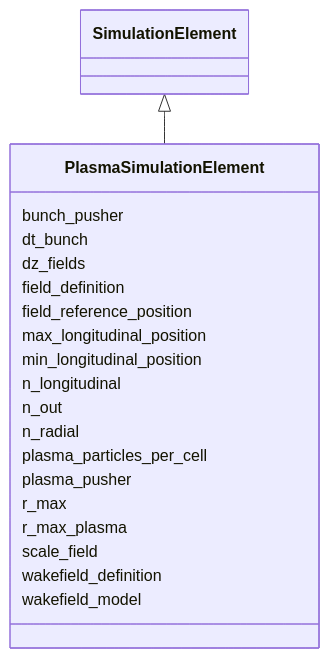
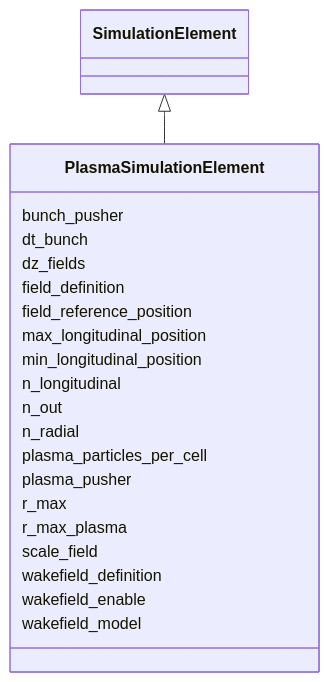
The diagram in docs/source/schema/PlasmaSimulationElement.md (astec-stfc/laura), drawn with Mermaid before and after one commit. The commit also changed other lines of this file and 47 other files, not shown here.

First line of the commit message:
Make functional parameters a schema concept; complete PR #4 merge

````diff
--- a/docs/source/schema/PlasmaSimulationElement.md
+++ b/docs/source/schema/PlasmaSimulationElement.md
@@ -23,43 +23,45 @@
 ```mermaid
  classDiagram
     class PlasmaSimulationElement
     click PlasmaSimulationElement href "../PlasmaSimulationElement/"
       SimulationElement <|-- PlasmaSimulationElement
         click SimulationElement href "../SimulationElement/"
       
       PlasmaSimulationElement : bunch_pusher
         
       PlasmaSimulationElement : dt_bunch
         
       PlasmaSimulationElement : dz_fields
         
       PlasmaSimulationElement : field_definition
         
       PlasmaSimulationElement : field_reference_position
         
       PlasmaSimulationElement : max_longitudinal_position
         
       PlasmaSimulationElement : min_longitudinal_position
         
       PlasmaSimulationElement : n_longitudinal
         
       PlasmaSimulationElement : n_out
         
       PlasmaSimulationElement : n_radial
         
       PlasmaSimulationElement : plasma_particles_per_cell
         
       PlasmaSimulationElement : plasma_pusher
         
       PlasmaSimulationElement : r_max
         
       PlasmaSimulationElement : r_max_plasma
         
       PlasmaSimulationElement : scale_field
         
       PlasmaSimulationElement : wakefield_definition
         
+      PlasmaSimulationElement : wakefield_enable
+        
       PlasmaSimulationElement : wakefield_model
         
       
 ```
````
